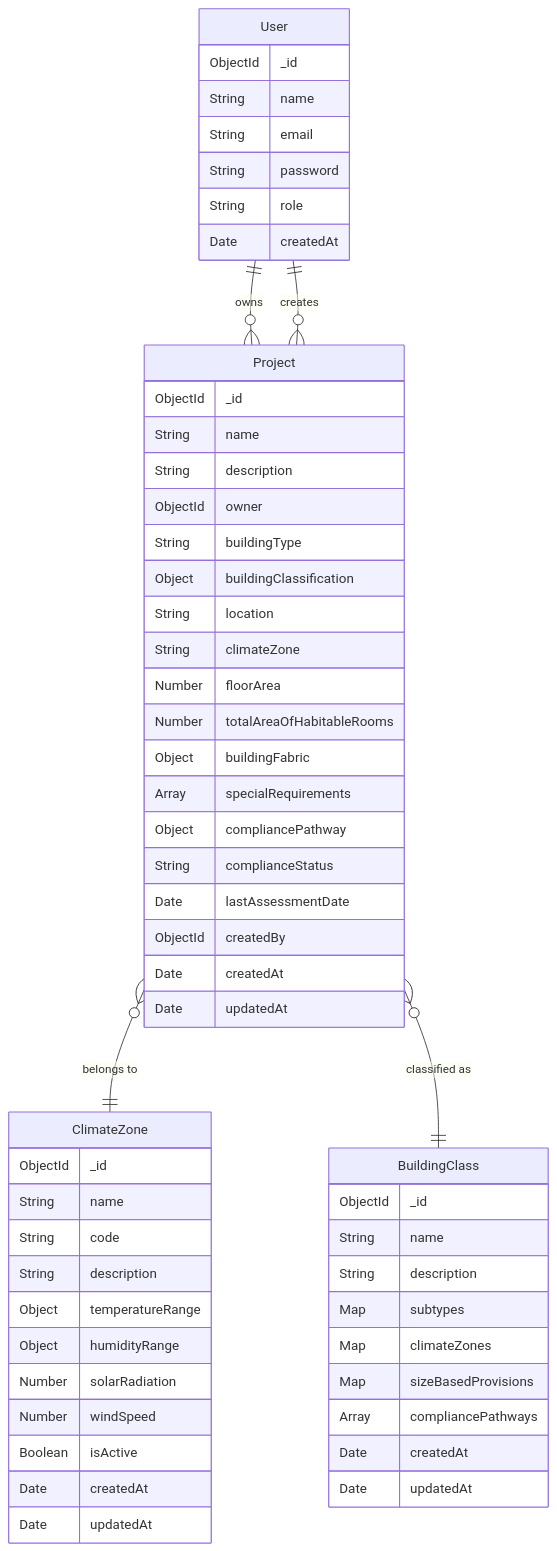
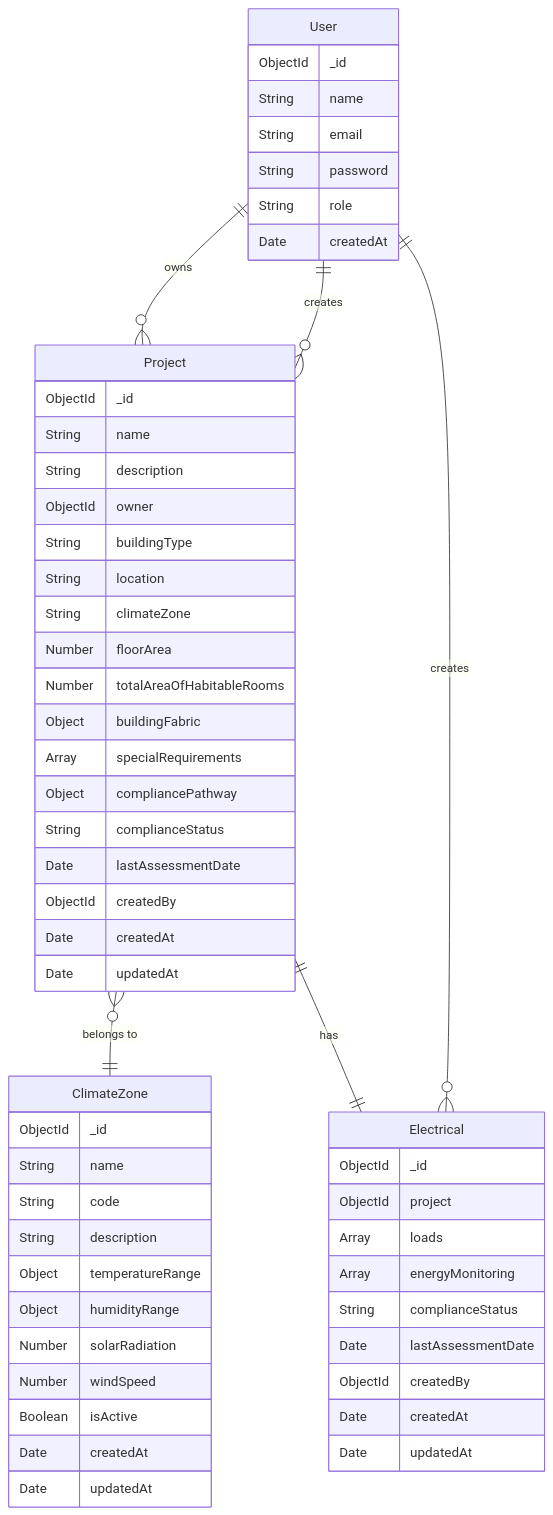
One commit to infernoalert/nccjsectioncompliencechecker changed the diagram in backend/UML/database-structure.md. Above: the diagram before and after it, drawn with Mermaid. The commit also changed other lines of this file and 3 other files, not shown here.

````diff
--- a/backend/UML/database-structure.md
+++ b/backend/UML/database-structure.md
@@ -5,63 +5,63 @@
 ```mermaid
 erDiagram
     User {
         ObjectId _id
         String name
         String email
         String password
         String role
         Date createdAt
     }
 
     Project {
         ObjectId _id
         String name
         String description
         ObjectId owner
         String buildingType
-        Object buildingClassification
         String location
         String climateZone
         Number floorArea
         Number totalAreaOfHabitableRooms
         Object buildingFabric
         Array specialRequirements
         Object compliancePathway
         String complianceStatus
         Date lastAssessmentDate
         ObjectId createdBy
-        Date createdAt
-        Date updatedAt
-    }
-
-    BuildingClass {
-        ObjectId _id
-        String name
-        String description
-        Map subtypes
-        Map climateZones
-        Map sizeBasedProvisions
-        Array compliancePathways
         Date createdAt
         Date updatedAt
     }
 
     ClimateZone {
         ObjectId _id
         String name
         String code
         String description
         Object temperatureRange
         Object humidityRange
         Number solarRadiation
         Number windSpeed
         Boolean isActive
         Date createdAt
         Date updatedAt
     }
 
+    Electrical {
+        ObjectId _id
+        ObjectId project
+        Array loads
+        Array energyMonitoring
+        String complianceStatus
+        Date lastAssessmentDate
+        ObjectId createdBy
+        Date createdAt
+        Date updatedAt
+    }
+
     User ||--o{ Project : "owns"
     User ||--o{ Project : "creates"
     Project }o--|| ClimateZone : "belongs to"
-    Project }o--|| BuildingClass : "classified as"
+    Project ||--|| Electrical : "has"
+    User ||--o{ Electrical : "creates"
 ```
````
